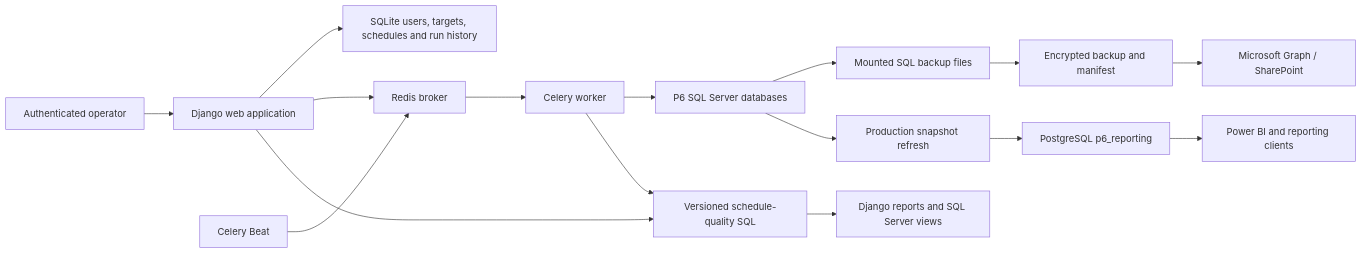
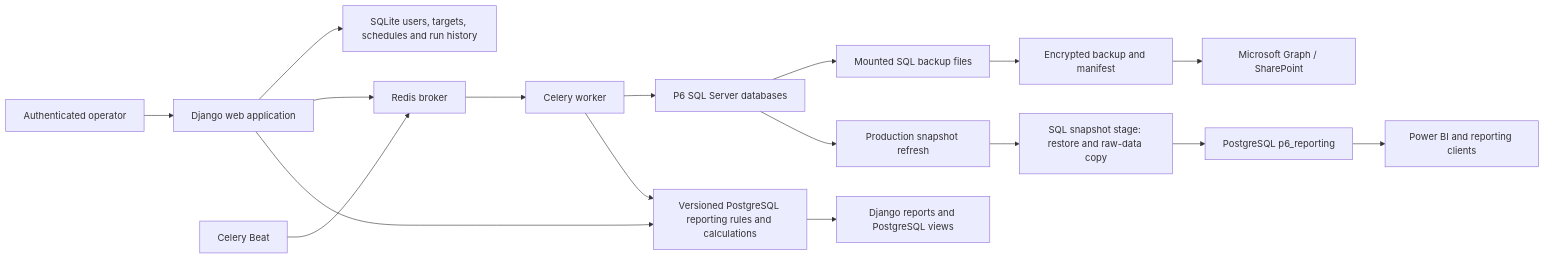
The diagram in README.md (mathew-bateman/P6), drawn with Mermaid before and after one commit. The commit also changed other lines of this file and 235 other files, not shown here.

````diff
--- a/README.md
+++ b/README.md
@@ -36,18 +38,19 @@
 ```mermaid
 flowchart LR
     U["Authenticated operator"] --> W["Django web application"]
     W --> S["SQLite users, targets, schedules and run history"]
     W --> R["Redis broker"]
     B["Celery Beat"] --> R
     R --> C["Celery worker"]
     C --> P6["P6 SQL Server databases"]
     P6 --> F["Mounted SQL backup files"]
     F --> E["Encrypted backup and manifest"]
     E --> G["Microsoft Graph / SharePoint"]
-    W --> Q["Versioned schedule-quality SQL"]
+    W --> Q["Versioned PostgreSQL reporting rules and calculations"]
     C --> Q
-    Q --> DR["Django reports and SQL Server views"]
+    Q --> DR["Django reports and PostgreSQL views"]
     P6 --> M["Production snapshot refresh"]
-    M --> PG["PostgreSQL p6_reporting"]
+    M --> ST["SQL snapshot stage: restore and raw-data copy"]
+    ST --> PG["PostgreSQL p6_reporting"]
     PG --> BI["Power BI and reporting clients"]
 ```
````
